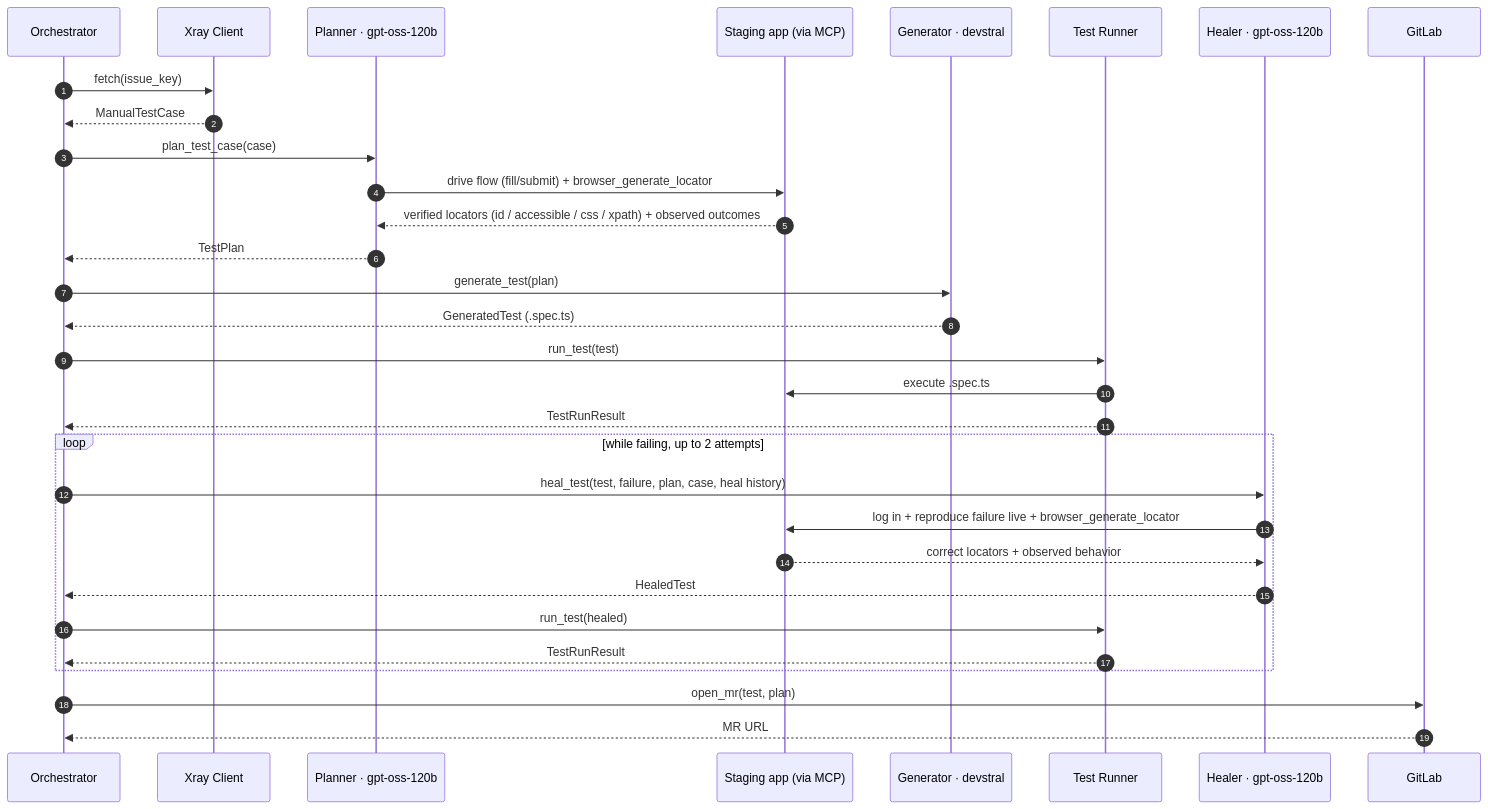
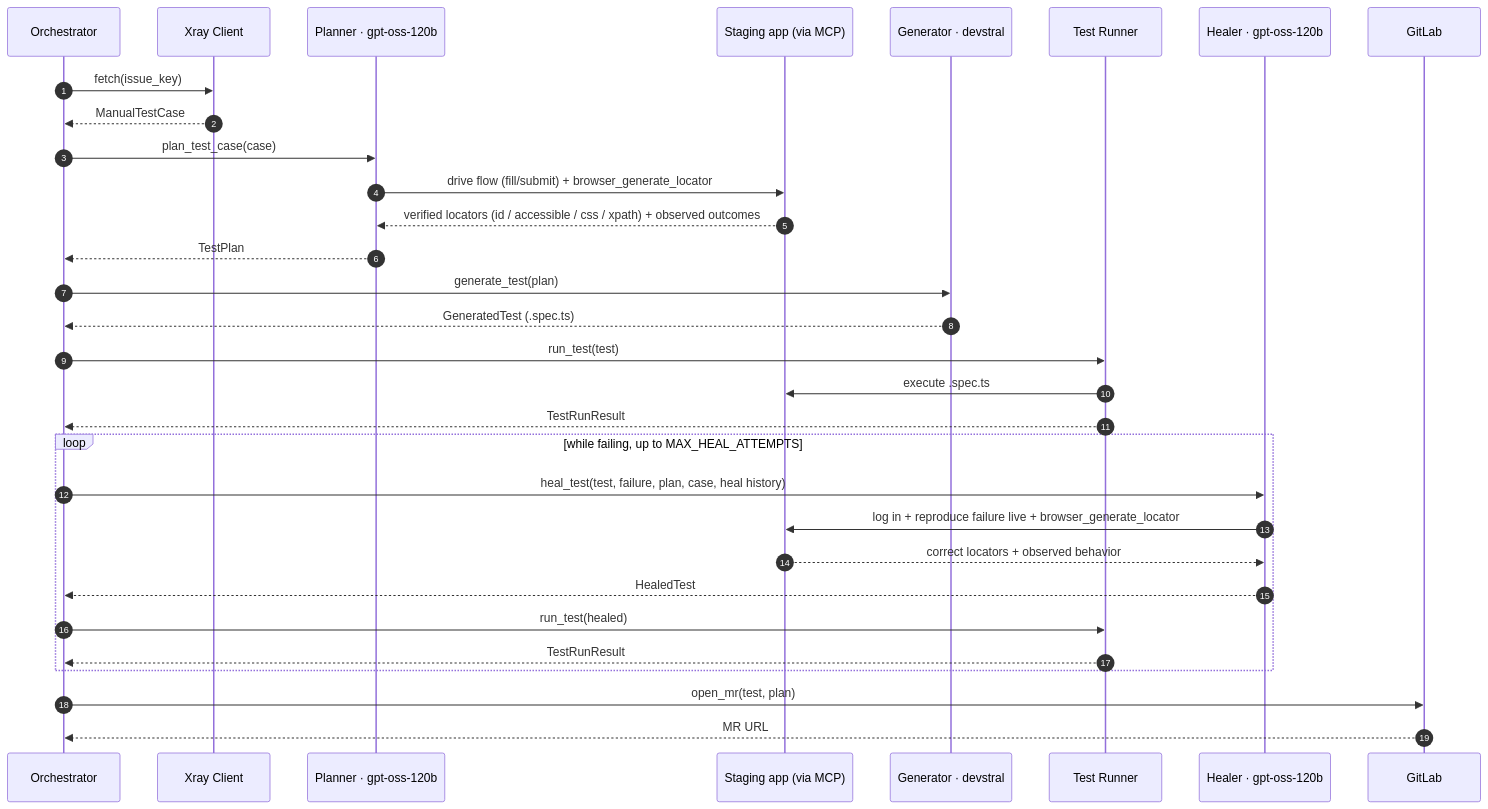
Before and after one commit to jpucic00/agentic-test-automation: the second of 3 diagrams in docs/WORKFLOW.md, drawn with Mermaid. The commit also changed other lines of this file and 3 other files, not shown here.

````diff
--- a/docs/WORKFLOW.md
+++ b/docs/WORKFLOW.md
@@ -38,36 +38,36 @@
 ```mermaid
 sequenceDiagram
     autonumber
     participant O as Orchestrator
     participant X as Xray Client
     participant P as Planner · gpt-oss-120b
     participant B as Staging app (via MCP)
     participant G as Generator · devstral
     participant R as Test Runner
     participant H as Healer · gpt-oss-120b
     participant L as GitLab
 
     O->>X: fetch(issue_key)
     X-->>O: ManualTestCase
     O->>P: plan_test_case(case)
     P->>B: drive flow (fill/submit) + browser_generate_locator
     B-->>P: verified locators (id / accessible / css / xpath) + observed outcomes
     P-->>O: TestPlan
     O->>G: generate_test(plan)
     G-->>O: GeneratedTest (.spec.ts)
     O->>R: run_test(test)
     R->>B: execute .spec.ts
     R-->>O: TestRunResult
 
-    loop while failing, up to 2 attempts
+    loop while failing, up to MAX_HEAL_ATTEMPTS
         O->>H: heal_test(test, failure, plan, case, heal history)
         H->>B: log in + reproduce failure live + browser_generate_locator
         B-->>H: correct locators + observed behavior
         H-->>O: HealedTest
         O->>R: run_test(healed)
         R-->>O: TestRunResult
     end
 
     O->>L: open_mr(test, plan)
     L-->>O: MR URL
 ```
````
